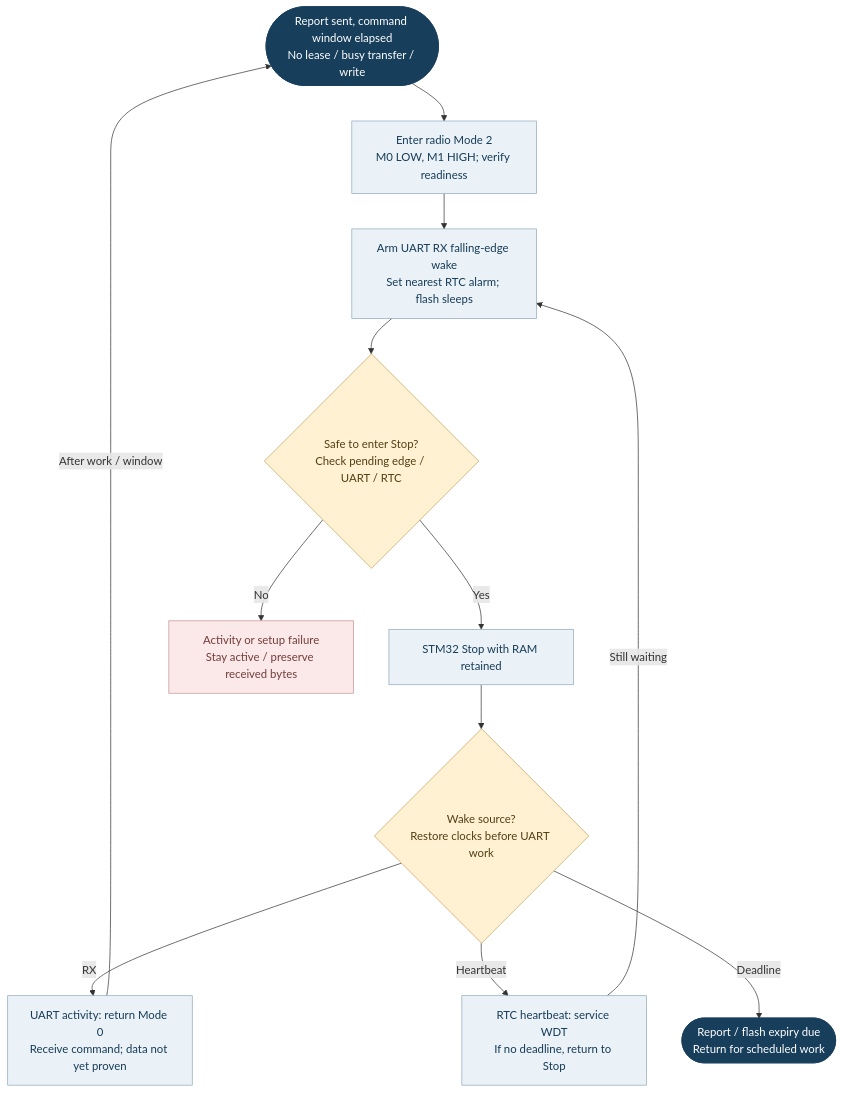
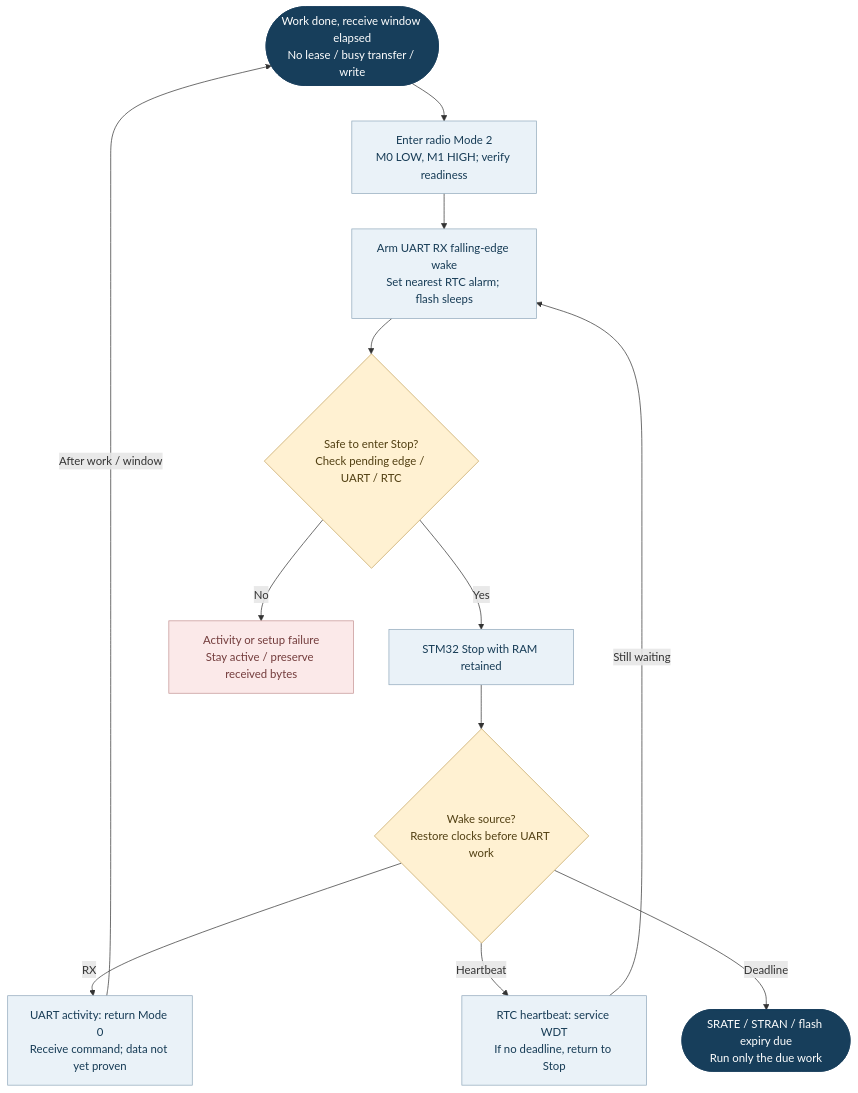
Before and after one commit to SelimEldreeny111/EgSA_IOT: the diagram in Documentation/Flowcharts/source/F22_lora_wake_on_radio_with_stm32_stop.mmd, drawn with Mermaid. The commit also changed 33 other files, not shown here.

First line of the commit message:
docs: refresh Word design and editable architecture diagrams

```diff
--- a/Documentation/Flowcharts/source/F22_lora_wake_on_radio_with_stm32_stop.mmd
+++ b/Documentation/Flowcharts/source/F22_lora_wake_on_radio_with_stm32_stop.mmd
@@ -1,28 +1,28 @@
 flowchart TD
-  a(["Report sent, command window elapsed<br/>No lease / busy transfer / write"]):::term
+  a(["Work done, receive window elapsed<br/>No lease / busy transfer / write"]):::term
   b["Enter radio Mode 2<br/>M0 LOW, M1 HIGH; verify readiness"]:::proc
   c["Arm UART RX falling-edge wake<br/>Set nearest RTC alarm; flash sleeps"]:::proc
   d{"Safe to enter Stop?<br/>Check pending edge / UART / RTC"}:::dec
   e["STM32 Stop with RAM retained"]:::proc
   f{"Wake source?<br/>Restore clocks before UART work"}:::dec
   g["UART activity: return Mode 0<br/>Receive command; data not yet proven"]:::proc
   h["RTC heartbeat: service WDT<br/>If no deadline, return to Stop"]:::proc
-  i(["Report / flash expiry due<br/>Return for scheduled work"]):::term
+  i(["SRATE / STRAN / flash expiry due<br/>Run only the due work"]):::term
   j["Activity or setup failure<br/>Stay active / preserve received bytes"]:::bad
   a --> b
   b --> c
   c --> d
   d -->|Yes| e
   d -->|No| j
   e --> f
   f -->|RX| g
   f -->|Heartbeat| h
   f -->|Deadline| i
   h -->|Still waiting| c
   g -->|After work / window| a
   classDef term fill:#173E5B,color:white,stroke:#173E5B
   classDef proc fill:#EAF2F8,color:#163B55,stroke:#91A9BC
   classDef dec fill:#FFF1D2,color:#513F12,stroke:#C4A35E
   classDef db fill:#E1F2ED,color:#214B43,stroke:#7DA89B
   classDef bad fill:#FBE9E9,color:#733C3C,stroke:#C49393
   classDef ref fill:#EEEAF8,color:#4B416D,stroke:#A69BC7
```
